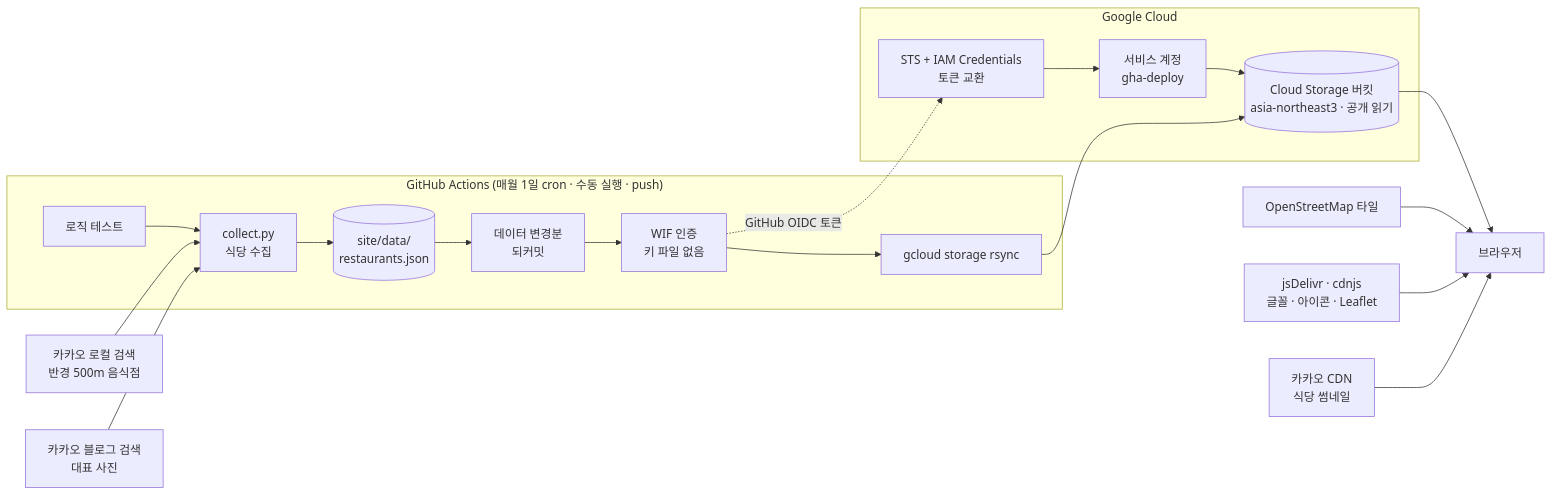
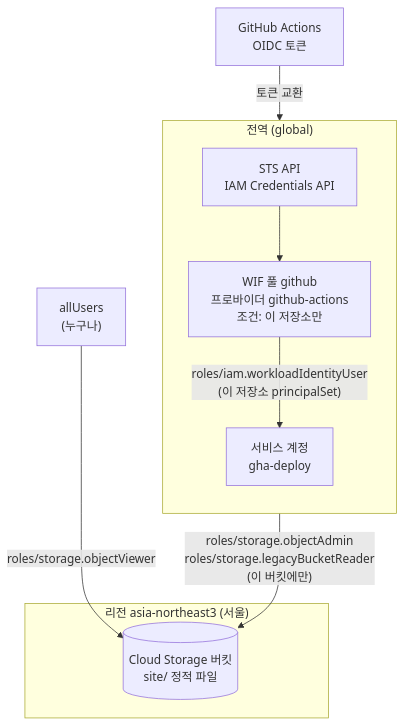
The first of 3 diagrams in README.md (benyco-dev/lunch-box), drawn with Mermaid before and after one commit. The commit also changed other lines of this file and 8 other files, not shown here.

````diff
--- a/README.md
+++ b/README.md
@@ -16,25 +20,17 @@
 ```mermaid
-flowchart LR
-  subgraph GH["GitHub Actions (매월 1일 cron · 수동 실행 · push)"]
-    T[로직 테스트] --> C[collect.py<br/>식당 수집]
-    C --> D[(site/data/<br/>restaurants.json)]
-    D --> K[데이터 변경분<br/>되커밋]
-    K --> A[WIF 인증<br/>키 파일 없음]
-    A --> R[gcloud storage rsync]
+flowchart TB
+  subgraph GLOBAL["전역 (global)"]
+    direction TB
+    POOL["WIF 풀 github<br/>프로바이더 github-actions<br/>조건: 이 저장소만"]
+    SA["서비스 계정<br/>gha-deploy"]
+    API["STS API<br/>IAM Credentials API"]
   end
-
-  KL[카카오 로컬 검색<br/>반경 500m 음식점] --> C
-  KB[카카오 블로그 검색<br/>대표 사진] --> C
-
-  subgraph GCP["Google Cloud"]
-    STS[STS + IAM Credentials<br/>토큰 교환] --> SA[서비스 계정<br/>gha-deploy]
-    SA --> B[(Cloud Storage 버킷<br/>asia-northeast3 · 공개 읽기)]
+  subgraph REGION["리전 asia-northeast3 (서울)"]
+    B[("Cloud Storage 버킷<br/>site/ 정적 파일")]
   end
-
-  A -. GitHub OIDC 토큰 .-> STS
-  R --> B
-  B --> U[브라우저]
-  OSM[OpenStreetMap 타일] --> U
-  CDN[jsDelivr · cdnjs<br/>글꼴 · 아이콘 · Leaflet] --> U
-  KC[카카오 CDN<br/>식당 썸네일] --> U
+  GH["GitHub Actions<br/>OIDC 토큰"] -->|"토큰 교환"| API
+  API --> POOL
+  POOL -->|"roles/iam.workloadIdentityUser<br/>(이 저장소 principalSet)"| SA
+  SA -->|"roles/storage.objectAdmin<br/>roles/storage.legacyBucketReader<br/>(이 버킷에만)"| B
+  ALL["allUsers<br/>(누구나)"] -->|"roles/storage.objectViewer"| B
 ```
````
